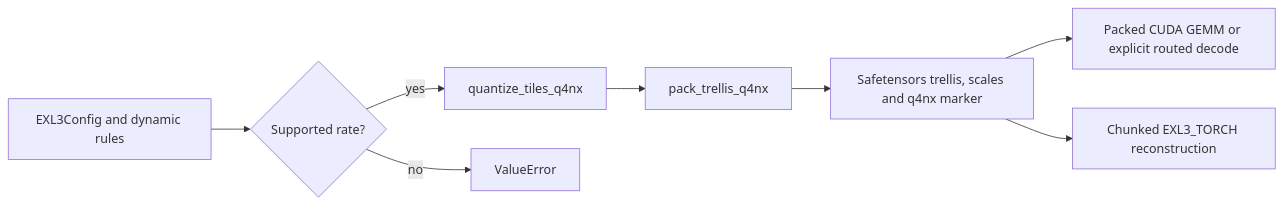
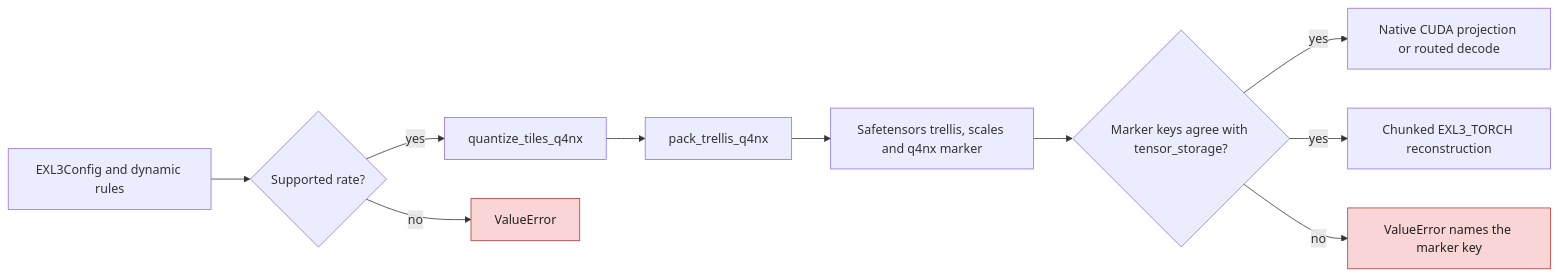
Before and after one commit to ModelCloud/GPTQModel: the first of 2 diagrams in docs/exl3-native-decode.md, drawn with Mermaid. The commit also changed other lines of this file and 42 other files, not shown here.

````diff
--- a/docs/exl3-native-decode.md
+++ b/docs/exl3-native-decode.md
@@ -55,10 +55,14 @@
 ```mermaid
 flowchart LR
     C["EXL3Config and dynamic rules"] --> R{"Supported rate?"}
     R -->|yes| V["quantize_tiles_q4nx"]
     R -->|no| E["ValueError"]
     V --> P["pack_trellis_q4nx"]
     P --> S["Safetensors trellis, scales and q4nx marker"]
-    S --> G["Packed CUDA GEMM or explicit routed decode"]
-    S --> T["Chunked EXL3_TORCH reconstruction"]
+    S --> L{"Marker keys agree with tensor_storage?"}
+    L -->|yes| G["Native CUDA projection or routed decode"]
+    L -->|yes| T["Chunked EXL3_TORCH reconstruction"]
+    L -->|no| F["ValueError names the marker key"]
+    classDef error fill:#f9d5d5,stroke:#af3b3b,color:#222
+    class E,F error
 ```
````
